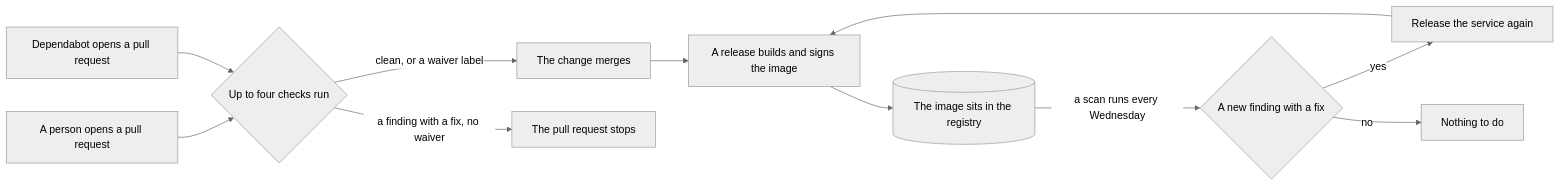
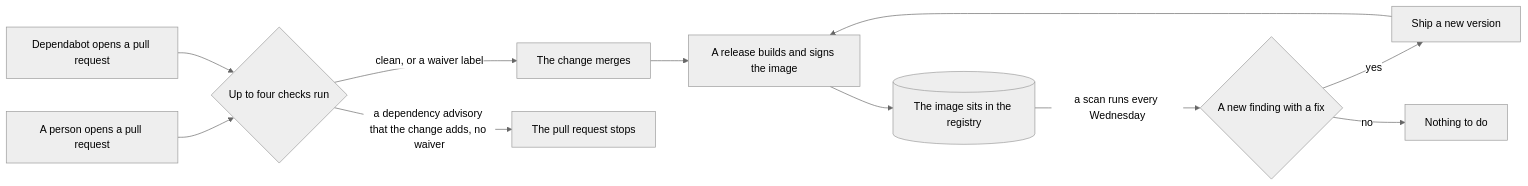
Before and after one commit to Unique-AG/connectors: the first of 5 diagrams in SECURITY-PROCESS.md, drawn with Mermaid (neutral theme). The commit also changed other lines of this file, not shown here.

Commit message:
docs(main): state that only the dependency review stops a pull request, and describe the weekly alert

````diff
--- a/SECURITY-PROCESS.md
+++ b/SECURITY-PROCESS.md
@@ -11,13 +11,13 @@
 ```mermaid
 flowchart LR
   author[A person opens a pull request] --> checks
   dependabot[Dependabot opens a pull request] --> checks
   checks{Up to four checks run} -->|clean, or a waiver label| merge[The change merges]
-  checks -->|a finding with a fix, no waiver| stop[The pull request stops]
+  checks -->|a dependency advisory that the change adds, no waiver| stop[The pull request stops]
   merge --> release[A release builds and signs the image]
   release --> registry[(The image sits in the registry)]
   registry -->|a scan runs every Wednesday| found{A new finding with a fix}
-  found -->|yes| again[Release the service again]
+  found -->|yes| again[Ship a new version]
   found -->|no| quiet[Nothing to do]
   again --> release
 ```
````
